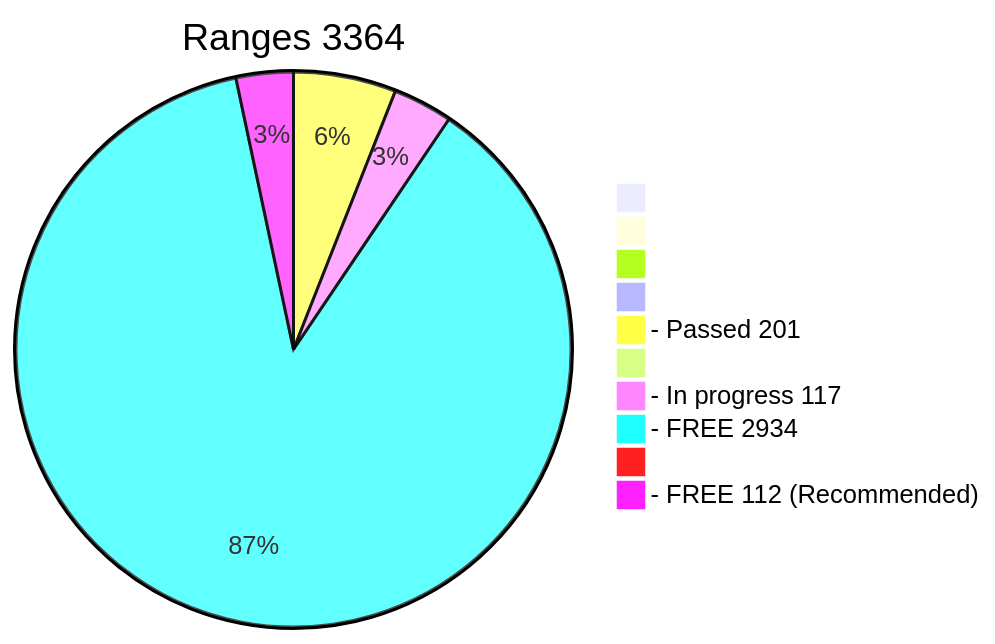
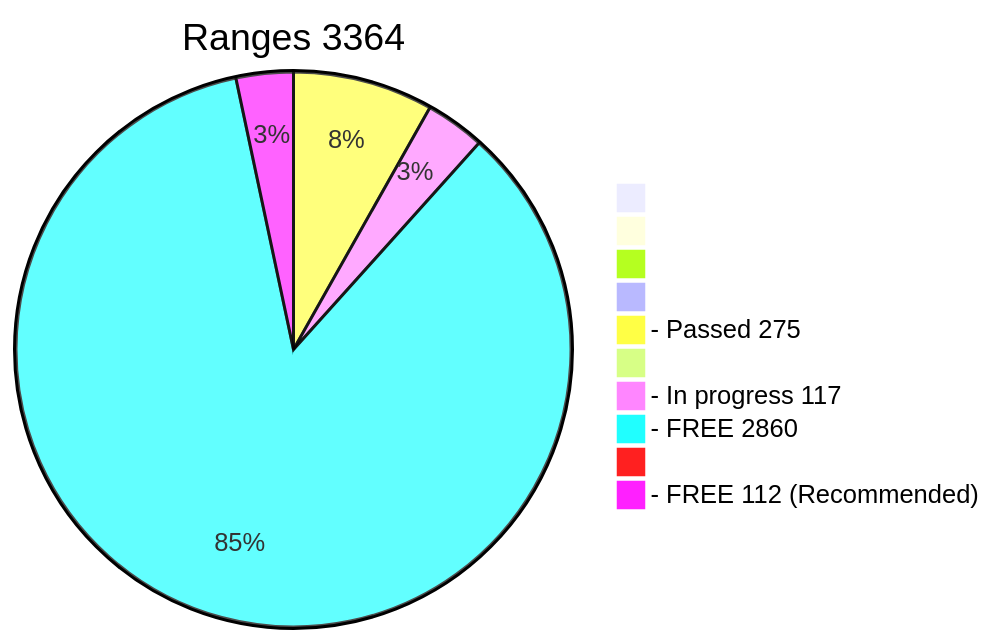
One commit to phrutis/wif500 changed the diagram in x64/Release/table.md. Above: the diagram before and after it, drawn with Mermaid. The commit also changed other lines of this file, not shown here.

````diff
--- a/x64/Release/table.md
+++ b/x64/Release/table.md
@@ -2,13 +2,13 @@
 ```mermaid
 pie title Ranges 3364
   " " : 0
   "  " : 0
   "   " : 0
   "    " : 0
-  "- Passed 201" : 201
+  "- Passed 275" : 275
   "     " : 0
   "- In progress 117" : 117
-  "- FREE 2934" : 2934
+  "- FREE 2860" : 2860
   "      " : 0
   "- FREE 112 (Recommended)" : 112
 ```
````
